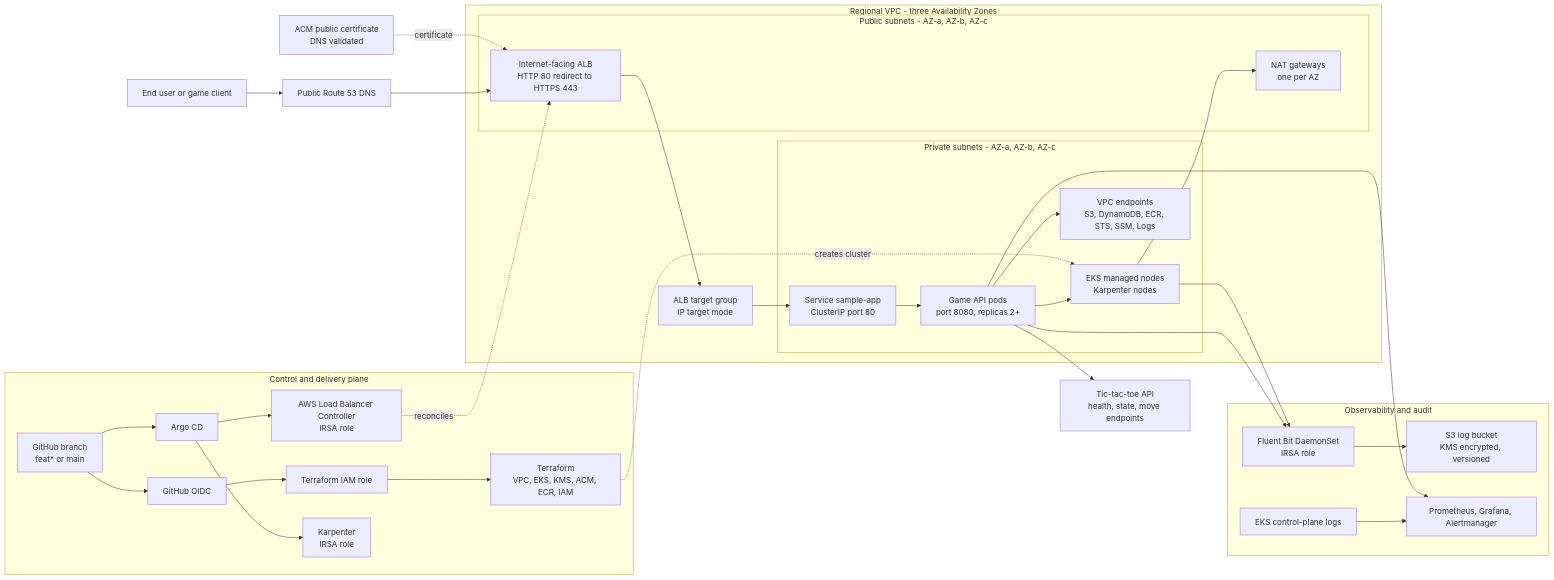
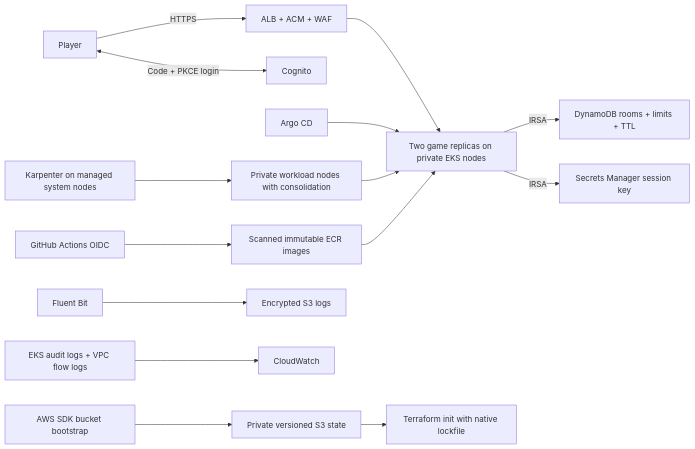
The diagram in docs/architecture.md (vipinkumar1234/aws-eks-production-platform), drawn with Mermaid before and after one commit. The commit also changed other lines of this file and 106 other files, not shown here.

````diff
--- a/docs/architecture.md
+++ b/docs/architecture.md
@@ -7,54 +3,17 @@
 ```mermaid
 flowchart LR
-	user[End user or game client] --> dns[Public Route 53 DNS]
-	dns --> alb[Internet-facing ALB\nHTTP 80 redirect to HTTPS 443]
-	acm[ACM public certificate\nDNS validated] -. certificate .-> alb
-	alb --> tg[ALB target group\nIP target mode]
-
-	subgraph VPC[Regional VPC - three Availability Zones]
-		subgraph public[Public subnets - AZ-a, AZ-b, AZ-c]
-			alb
-			nat[NAT gateways\none per AZ]
-		end
-		subgraph private[Private subnets - AZ-a, AZ-b, AZ-c]
-			svc[Service sample-app\nClusterIP port 80]
-			pods[Game API pods\nport 8080, replicas 2+]
-			nodes[EKS managed nodes\nKarpenter nodes]
-			endpoints[VPC endpoints\nS3, DynamoDB, ECR, STS, SSM, Logs]
-		end
-		tg --> svc
-		svc --> pods
-		pods --> nodes
-		pods --> endpoints
-		nodes --> nat
-	end
-
-	pods --> game[Tic-tac-toe API\nhealth, state, move endpoints]
-
-	subgraph control[Control and delivery plane]
-		github[GitHub branch\nfeat* or main]
-		oidc[GitHub OIDC]
-		tfrole[Terraform IAM role]
-		terraform[Terraform\nVPC, EKS, KMS, ACM, ECR, IAM]
-		argocd[Argo CD]
-		controller[AWS Load Balancer Controller\nIRSA role]
-		karpenter[Karpenter\nIRSA role]
-	end
-	github --> oidc --> tfrole --> terraform
-	github --> argocd
-	argocd --> controller
-	argocd --> karpenter
-	controller -. reconciles .-> alb
-	terraform -. creates cluster .-> nodes
-
-	subgraph observability[Observability and audit]
-		fluent[Fluent Bit DaemonSet\nIRSA role]
-		s3[S3 log bucket\nKMS encrypted, versioned]
-		ekslogs[EKS control-plane logs]
-		metrics[Prometheus, Grafana, Alertmanager]
-	end
-	pods --> fluent --> s3
-	nodes --> fluent
-	ekslogs --> metrics
-	pods --> metrics
+  Player -->|HTTPS| ALB[ALB + ACM + WAF]
+  ALB --> Game[Two game replicas on private EKS nodes]
+  Player <-->|Code + PKCE login| Cognito
+  Game -->|IRSA| DynamoDB[DynamoDB rooms + limits + TTL]
+  Game -->|IRSA| Secrets[Secrets Manager session key]
+  GitHub[GitHub Actions OIDC] --> ECR[Scanned immutable ECR images]
+  Argo[Argo CD] --> Game
+  Karpenter[Karpenter on managed system nodes] --> Workload[Private workload nodes with consolidation]
+  Workload --> Game
+  ECR --> Game
+  Logs[Fluent Bit] --> S3Logs[Encrypted S3 logs]
+  EKS[EKS audit logs + VPC flow logs] --> CloudWatch
+  Bootstrap[AWS SDK bucket bootstrap] --> State[Private versioned S3 state]
+  State --> Init[Terraform init with native lockfile]
 ```
````
